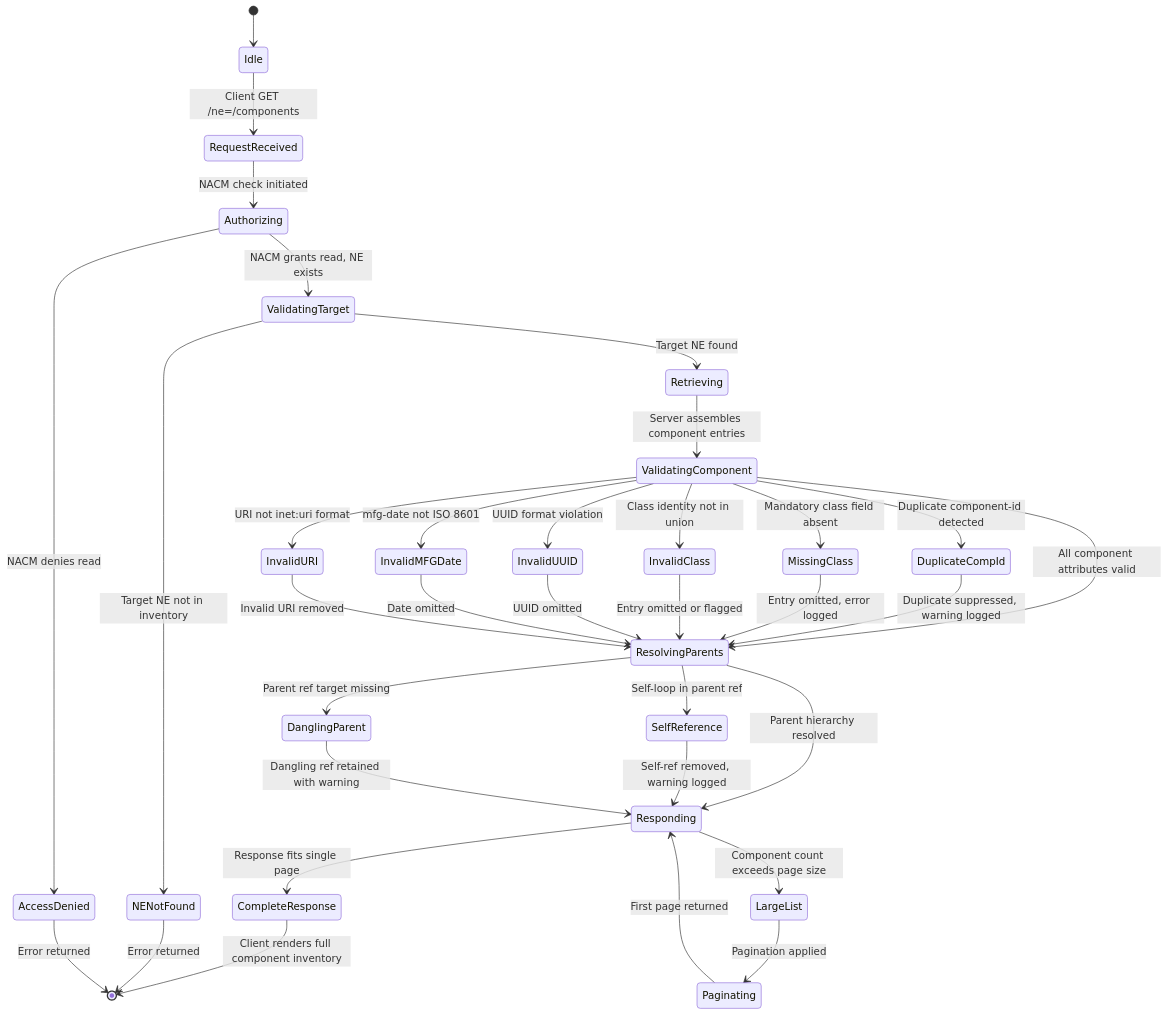
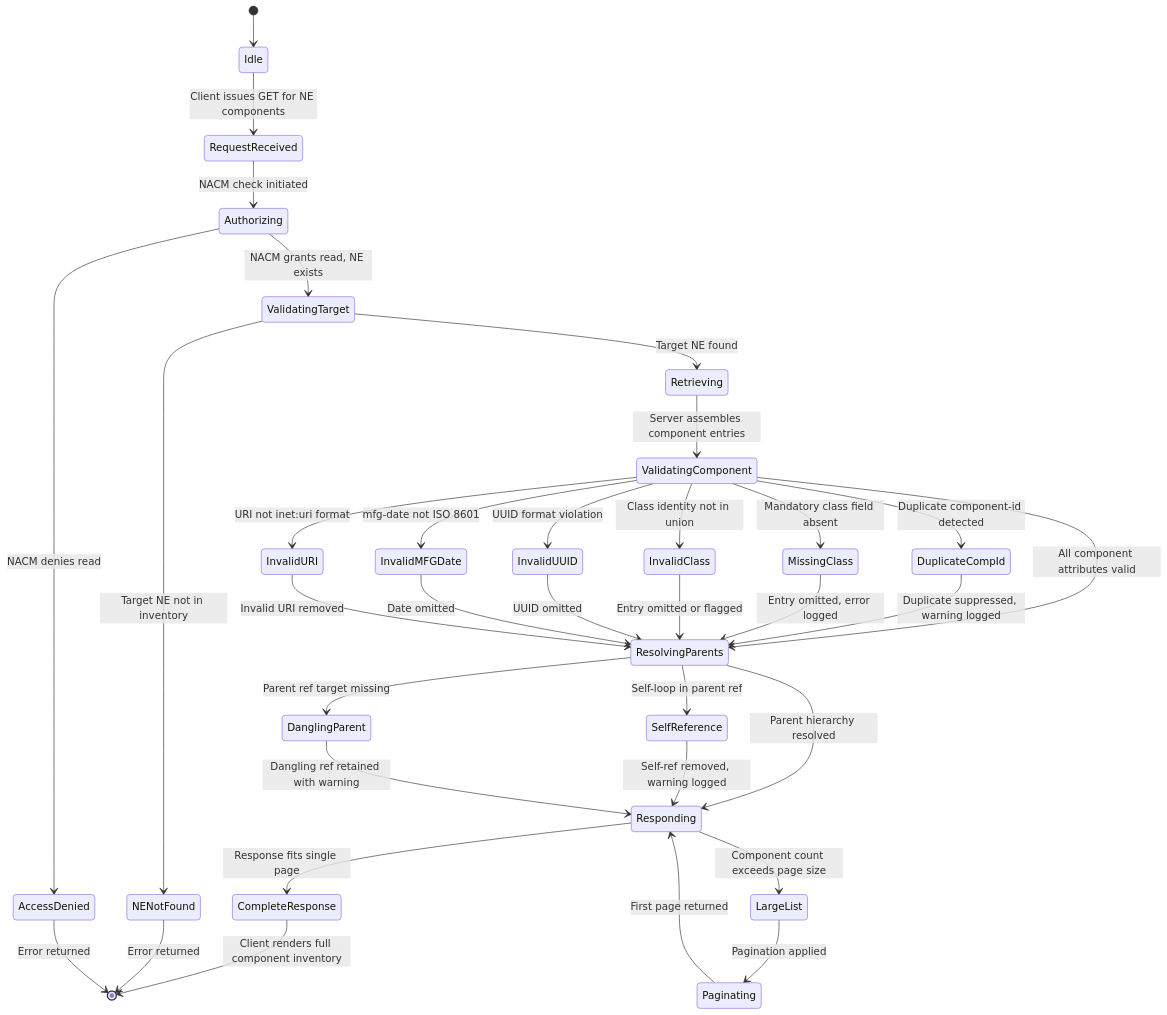
Before and after one commit to gintatkinson/3dgs-030: the second of 2 diagrams in docs/use-cases/uc-13-component-inventory.md, drawn with Mermaid. The commit also changed other lines of this file and 17 other files, not shown here.

Commit message:
docs: fix Mermaid UML rendering in all 18 use cases -- remove <<include>>/<<extend>> angle brackets causing GitHub renderer failure

````diff
--- a/docs/use-cases/uc-13-component-inventory.md
+++ b/docs/use-cases/uc-13-component-inventory.md
@@ -202,36 +202,36 @@
 ```mermaid
 stateDiagram-v2
     [*] --> Idle
-    Idle --> RequestReceived : Client GET /ne=<id>/components
+    Idle --> RequestReceived : Client issues GET for NE components
     RequestReceived --> Authorizing : NACM check initiated
     Authorizing --> AccessDenied : NACM denies read
     Authorizing --> ValidatingTarget : NACM grants read, NE exists
     ValidatingTarget --> NENotFound : Target NE not in inventory
     ValidatingTarget --> Retrieving : Target NE found
     Retrieving --> ValidatingComponent : Server assembles component entries
     ValidatingComponent --> DuplicateCompId : Duplicate component-id detected
     ValidatingComponent --> MissingClass : Mandatory class field absent
     ValidatingComponent --> InvalidClass : Class identity not in union
     ValidatingComponent --> InvalidUUID : UUID format violation
     ValidatingComponent --> InvalidMFGDate : mfg-date not ISO 8601
     ValidatingComponent --> InvalidURI : URI not inet:uri format
     ValidatingComponent --> ResolvingParents : All component attributes valid
     DuplicateCompId --> ResolvingParents : Duplicate suppressed, warning logged
     MissingClass --> ResolvingParents : Entry omitted, error logged
     InvalidClass --> ResolvingParents : Entry omitted or flagged
     InvalidUUID --> ResolvingParents : UUID omitted
     InvalidMFGDate --> ResolvingParents : Date omitted
     InvalidURI --> ResolvingParents : Invalid URI removed
     ResolvingParents --> SelfReference : Self-loop in parent ref
     ResolvingParents --> DanglingParent : Parent ref target missing
     ResolvingParents --> Responding : Parent hierarchy resolved
     SelfReference --> Responding : Self-ref removed, warning logged
     DanglingParent --> Responding : Dangling ref retained with warning
     Responding --> LargeList : Component count exceeds page size
     Responding --> CompleteResponse : Response fits single page
     LargeList --> Paginating : Pagination applied
     Paginating --> Responding : First page returned
     CompleteResponse --> [*] : Client renders full component inventory
     NENotFound --> [*] : Error returned
     AccessDenied --> [*] : Error returned
 ```
````
